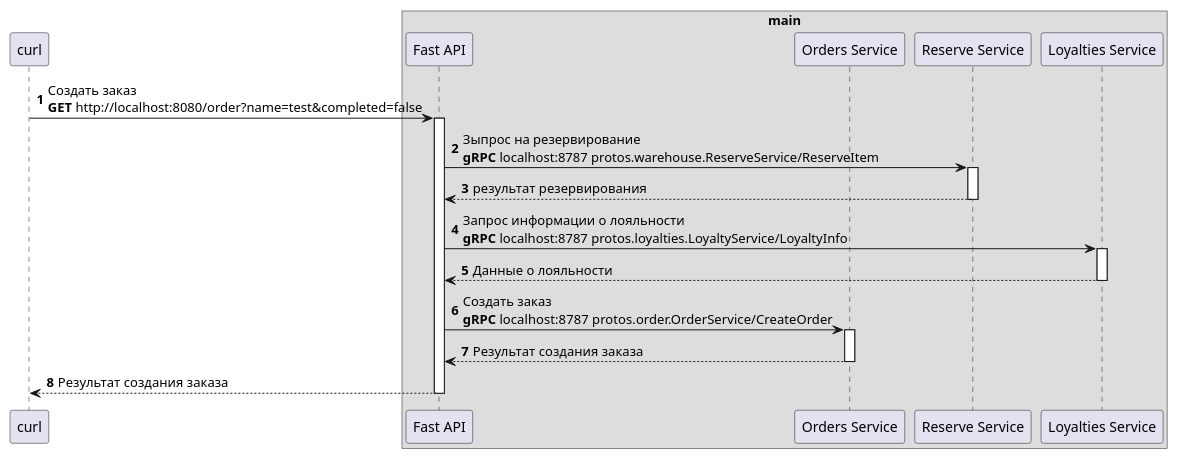
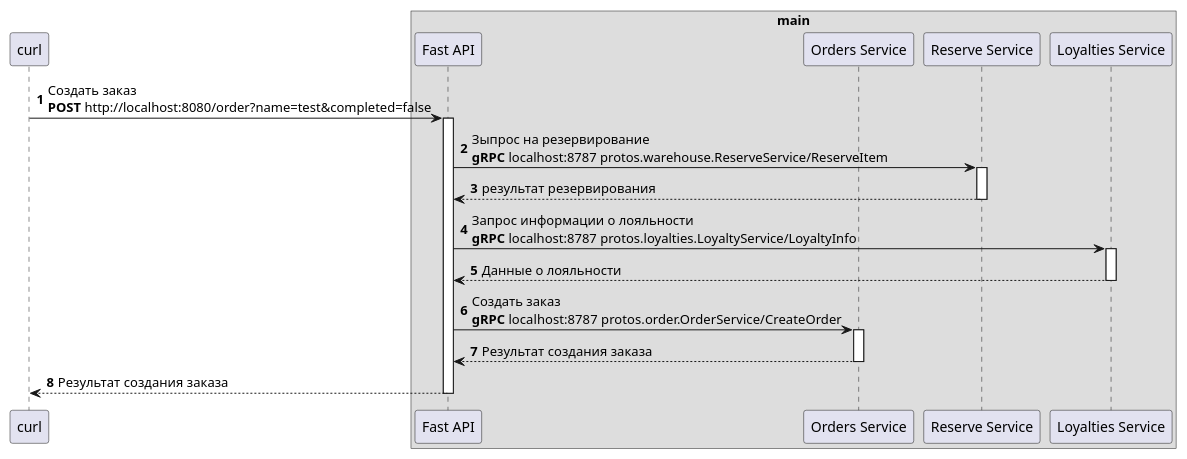
The diagram in adr/day1/sq-curl-singl.puml (arootcom/grpc-fastapi), drawn with PlantUML before and after one commit. The commit also changed 2 other files, not shown here.

Commit message:
~ curl singl

```diff
--- a/adr/day1/sq-curl-singl.puml
+++ b/adr/day1/sq-curl-singl.puml
@@ -1,34 +1,34 @@
 @startuml
 
 autonumber
 
 participant curl
 box main 
     participant api as "Fast API"
     participant orders as "Orders Service"
     participant reserve as "Reserve Service"
     participant loyalty as "Loyalties Service"
 end box
 
-curl -> api : Создать заказ\n**GET** http://localhost:8080/order?name=test&completed=false
+curl -> api : Создать заказ\n**POST** http://localhost:8080/order?name=test&completed=false
 activate api
 
 api -> reserve : Зыпрос на резервирование\n**gRPC** localhost:8787 protos.warehouse.ReserveService/ReserveItem
 activate reserve
 reserve --> api : результат резервирования
 deactivate reserve
 
 api -> loyalty : Запрос информации о лояльности\n**gRPC** localhost:8787 protos.loyalties.LoyaltyService/LoyaltyInfo
 activate loyalty
 loyalty --> api : Данные о лояльности
 deactivate loyalty
 
 api -> orders : Создать заказ\n**gRPC** localhost:8787 protos.order.OrderService/CreateOrder
 activate orders
 orders --> api : Результат создания заказа
 deactivate orders
 
 api --> curl : Результат создания заказа
 deactivate api
 
 @enduml
```
